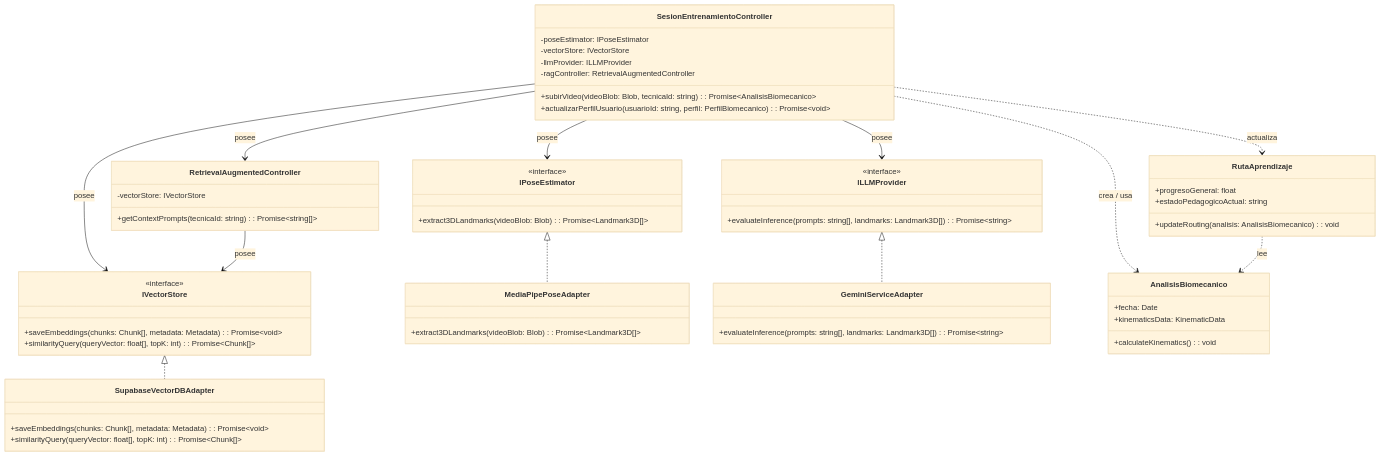
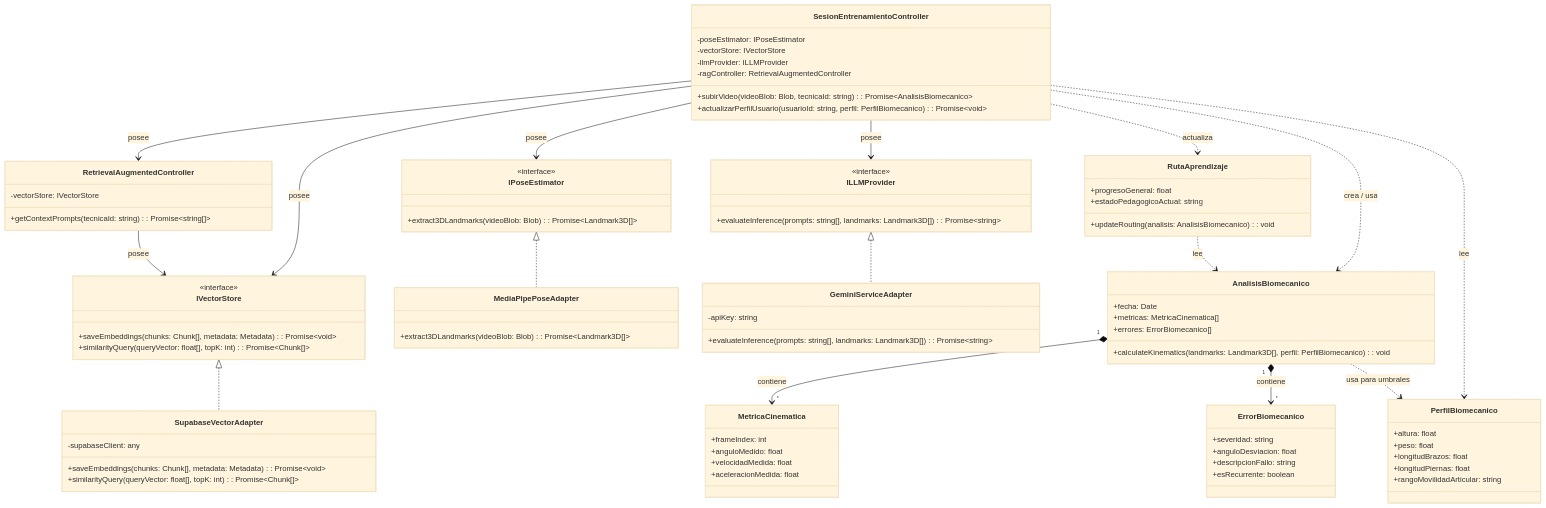
One commit to Tsmrain/Documentacion changed the fifth of 6 diagrams in README.md. Above: the diagram before and after it, drawn with Mermaid (base theme). The commit also changed other lines of this file, not shown here.

Commit message:
docs: update biomechanical modeling, architecture diagrams, and deployment topology in README.md

````diff
--- a/README.md
+++ b/README.md
@@ -907,16 +946,18 @@
     class MediaPipePoseAdapter {
         +extract3DLandmarks(videoBlob: Blob): Promise~Landmark3D[]~
     }
-    class SupabaseVectorDBAdapter {
+    class SupabaseVectorAdapter {
+        -supabaseClient: any
         +saveEmbeddings(chunks: Chunk[], metadata: Metadata): Promise~void~
         +similarityQuery(queryVector: float[], topK: int): Promise~Chunk[]~
     }
     class GeminiServiceAdapter {
+        -apiKey: string
         +evaluateInference(prompts: string[], landmarks: Landmark3D[]): Promise~string~
     }
 
     IPoseEstimator <|.. MediaPipePoseAdapter
-    IVectorStore <|.. SupabaseVectorDBAdapter
+    IVectorStore <|.. SupabaseVectorAdapter
     ILLMProvider <|.. GeminiServiceAdapter
 
     class RetrievalAugmentedController {
@@ -935,8 +976,31 @@
 
     class AnalisisBiomecanico {
         +fecha: Date
-        +kinematicsData: KinematicData
-        +calculateKinematics(): void
+        +metricas: MetricaCinematica[]
+        +errores: ErrorBiomecanico[]
+        +calculateKinematics(landmarks: Landmark3D[], perfil: PerfilBiomecanico): void
+    }
+
+    class MetricaCinematica {
+        +frameIndex: int
+        +anguloMedido: float
+        +velocidadMedida: float
+        +aceleracionMedida: float
+    }
+
+    class ErrorBiomecanico {
+        +severidad: string
+        +anguloDesviacion: float
+        +descripcionFallo: string
+        +esRecurrente: boolean
+    }
+
+    class PerfilBiomecanico {
+        +altura: float
+        +peso: float
+        +longitudBrazos: float
+        +longitudPiernas: float
+        +rangoMovilidadArticular: string
     }
 
     class RutaAprendizaje {
@@ -954,4 +1018,8 @@
     SesionEntrenamientoController ..> AnalisisBiomecanico : crea / usa
     SesionEntrenamientoController ..> RutaAprendizaje : actualiza
     RutaAprendizaje ..> AnalisisBiomecanico : lee
+    AnalisisBiomecanico "1" *--> "*" MetricaCinematica : contiene
+    AnalisisBiomecanico "1" *--> "*" ErrorBiomecanico : contiene
+    SesionEntrenamientoController ..> PerfilBiomecanico : lee
+    AnalisisBiomecanico ..> PerfilBiomecanico : usa para umbrales
 ```
````
